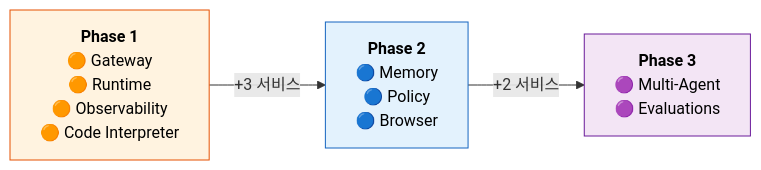
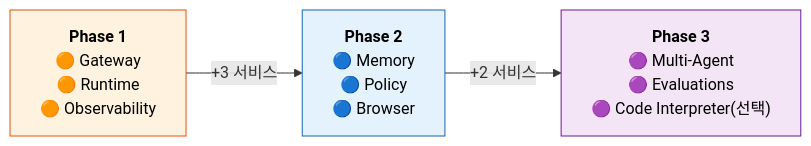
The second of 4 diagrams in docs/appendix/service-map.md (kjhyuok/rcg-agentcore-workshop-guide), drawn with Mermaid before and after one commit. The commit also changed other lines of this file and 3 other files, not shown here.

First line of the commit message:
refactor: Phase 1에서 Code Interpreter를 빼고 시나리오 기반 Tool 관찰로 재구성

````diff
--- a/docs/appendix/service-map.md
+++ b/docs/appendix/service-map.md
@@ -53,13 +53,13 @@
 ```mermaid
 graph LR
-    P1["<b>Phase 1</b><br/>🟠 Gateway<br/>🟠 Runtime<br/>🟠 Observability<br/>🟠 Code Interpreter"]
+    P1["<b>Phase 1</b><br/>🟠 Gateway<br/>🟠 Runtime<br/>🟠 Observability"]
     P2["<b>Phase 2</b><br/>🔵 Memory<br/>🔵 Policy<br/>🔵 Browser"]
-    P3["<b>Phase 3</b><br/>🟣 Multi-Agent<br/>🟣 Evaluations"]
+    P3["<b>Phase 3</b><br/>🟣 Multi-Agent<br/>🟣 Evaluations<br/>🟣 Code Interpreter(선택)"]
 
     P1 -->|"+3 서비스"| P2
     P2 -->|"+2 서비스"| P3
 
     style P1 fill:#fff3e0,stroke:#e65100,color:#000
     style P2 fill:#e3f2fd,stroke:#1565c0,color:#000
     style P3 fill:#f3e5f5,stroke:#6a1b9a,color:#000
 ```
````
